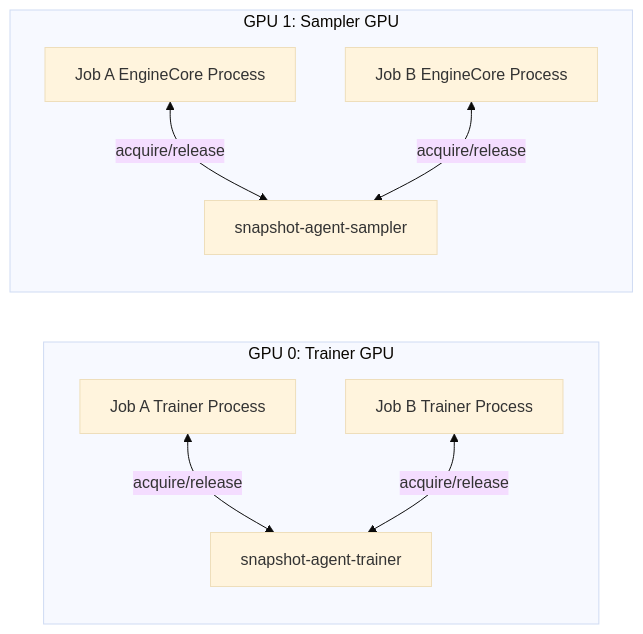
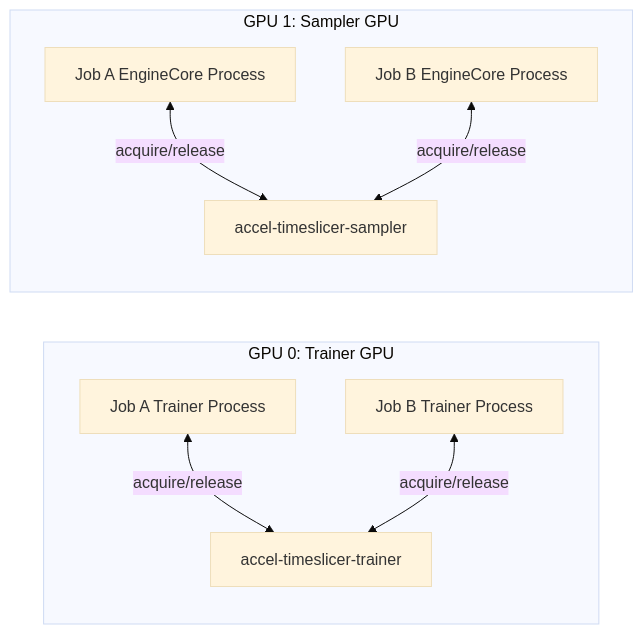
One commit to ShubyM/open-rl changed the second of 2 diagrams in fft_sampler.md. Above: the diagram before and after it, drawn with Mermaid (base theme). The commit also changed other lines of this file and 25 other files, not shown here.

First line of the commit message:
refactor(fft): rename internal snapshot-agent to accel-timeslicer and automate E2E worker cleanup (#135)

````diff
--- a/fft_sampler.md
+++ b/fft_sampler.md
@@ -123,11 +123,11 @@
 ```mermaid
 graph LR
     subgraph GPU 0: Trainer GPU
-        TrainerA[Job A Trainer Process] <-->|acquire/release| SAT[snapshot-agent-trainer]
+        TrainerA[Job A Trainer Process] <-->|acquire/release| SAT[accel-timeslicer-trainer]
         TrainerB[Job B Trainer Process] <-->|acquire/release| SAT
     end
     subgraph GPU 1: Sampler GPU
-        EngineCoreA[Job A EngineCore Process] <-->|acquire/release| SAS[snapshot-agent-sampler]
+        EngineCoreA[Job A EngineCore Process] <-->|acquire/release| SAS[accel-timeslicer-sampler]
         EngineCoreB[Job B EngineCore Process] <-->|acquire/release| SAS
     end
 ```
````
